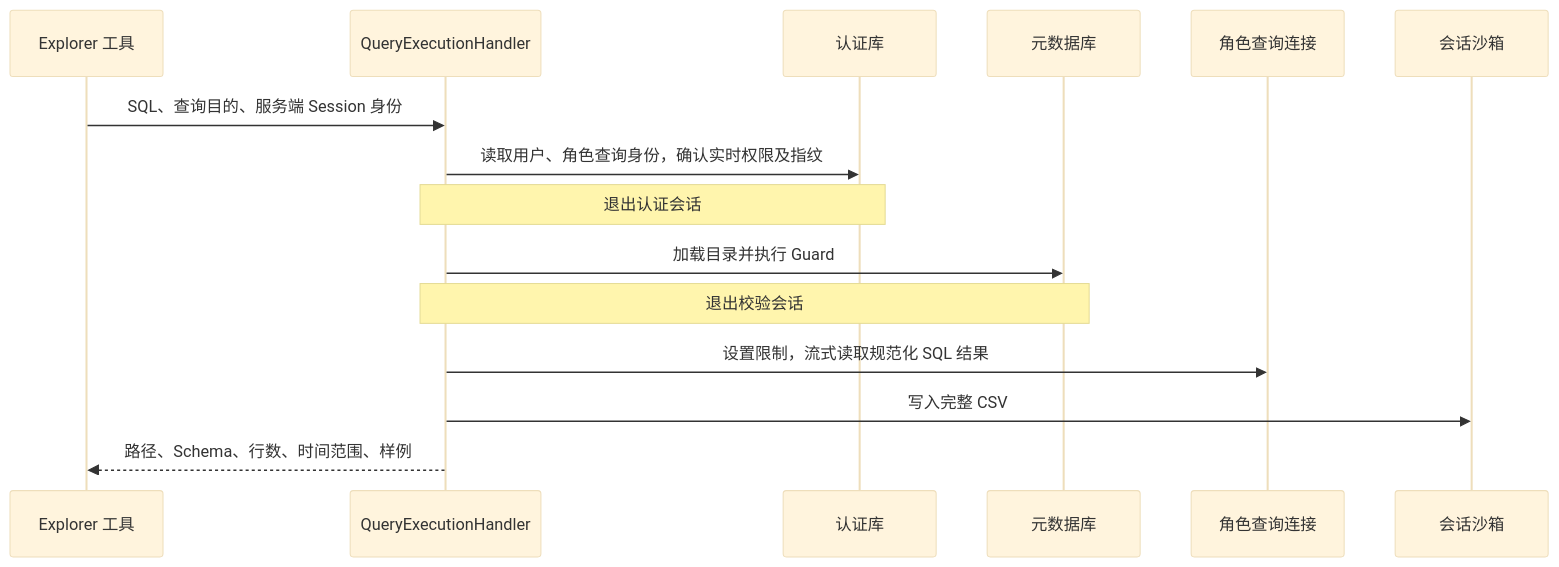
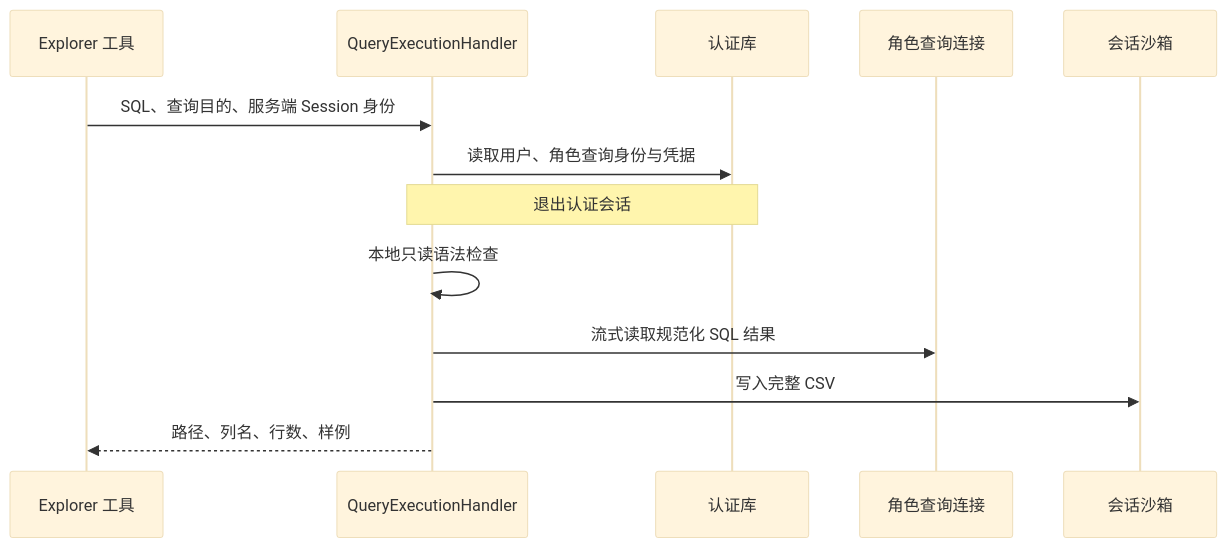
One commit to 2739673455/dataagent changed the diagram in docs/05_安全查询与结果交付.md. Above: the diagram before and after it, drawn with Mermaid (base theme). The commit also changed other lines of this file and 27 other files, not shown here.

````diff
--- a/docs/05_安全查询与结果交付.md
+++ b/docs/05_安全查询与结果交付.md
@@ -19,17 +19,15 @@
 ```mermaid
 sequenceDiagram
     participant Tool as Explorer 工具
     participant Handler as QueryExecutionHandler
     participant Auth as 认证库
-    participant Meta as 元数据库
     participant Doris as 角色查询连接
     participant Files as 会话沙箱
     Tool->>Handler: SQL、查询目的、服务端 Session 身份
-    Handler->>Auth: 读取用户、角色查询身份，确认实时权限及指纹
+    Handler->>Auth: 读取用户、角色查询身份与凭据
     Note over Handler,Auth: 退出认证会话
-    Handler->>Meta: 加载目录并执行 Guard
-    Note over Handler,Meta: 退出校验会话
-    Handler->>Doris: 设置限制，流式读取规范化 SQL 结果
+    Handler->>Handler: 本地只读语法检查
+    Handler->>Doris: 流式读取规范化 SQL 结果
     Handler->>Files: 写入完整 CSV
-    Handler-->>Tool: 路径、Schema、行数、时间范围、样例
+    Handler-->>Tool: 路径、列名、行数、样例
 ```
````
